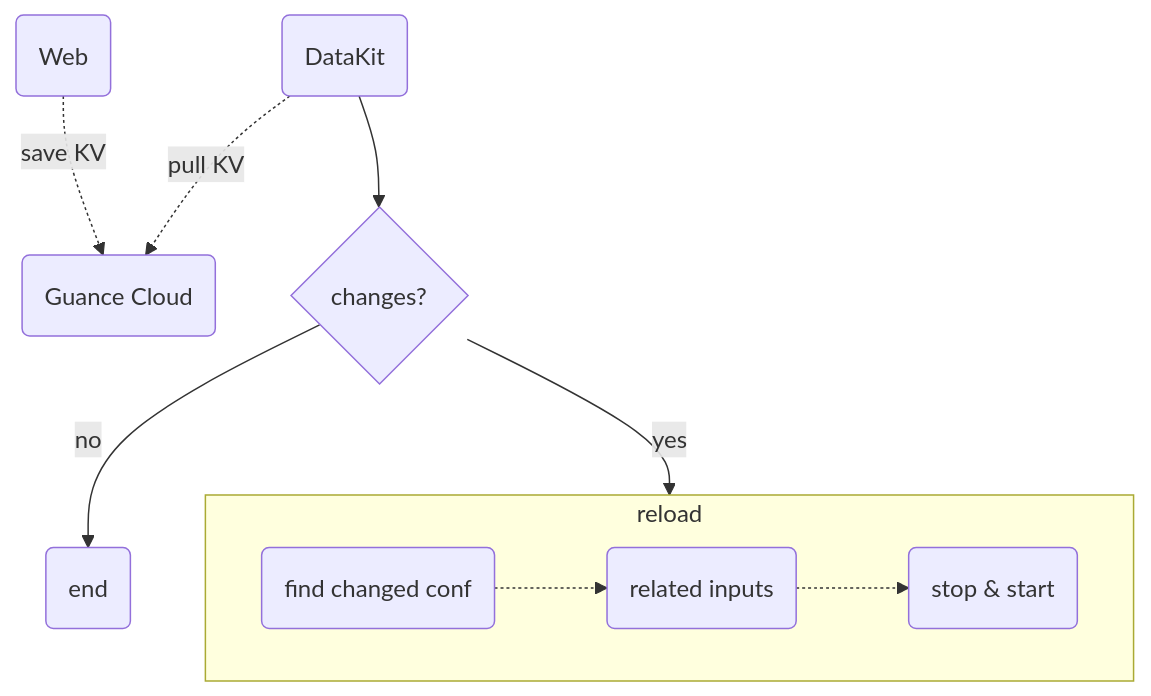
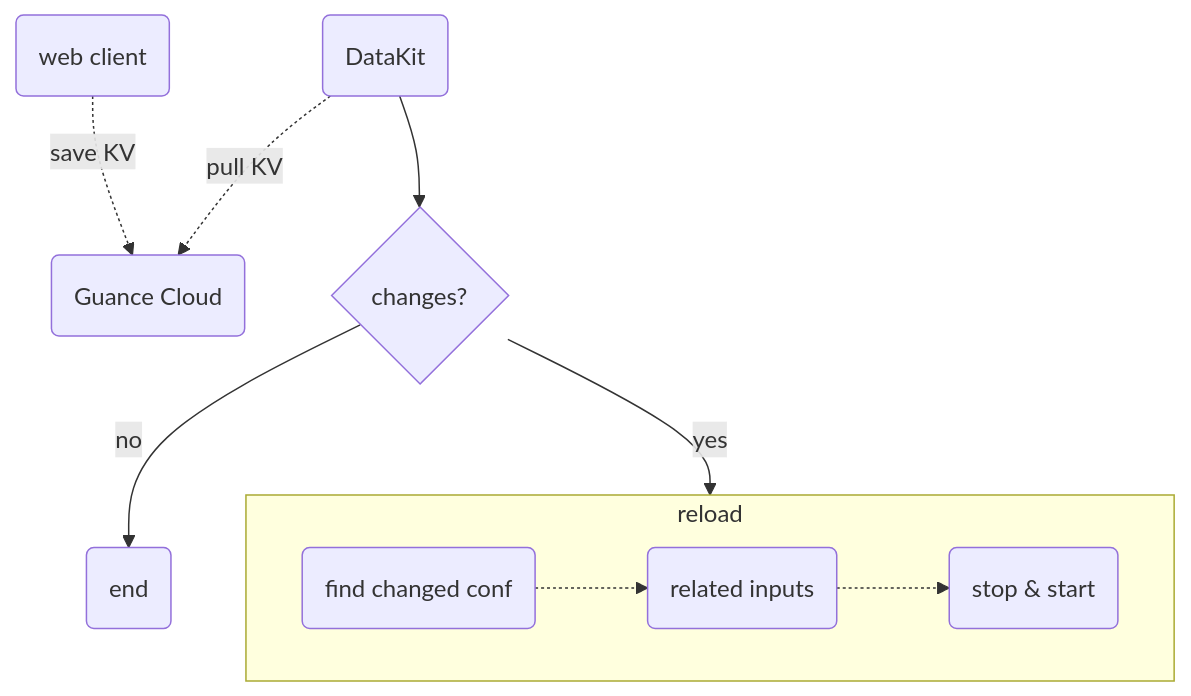
The diagram in docs/en/datakit/datakit-input-conf.md (GuanceCloud/guance-docs), drawn with Mermaid before and after one commit. The commit also changed other lines of this file and 11247 other files, not shown here.

````diff
--- a/docs/en/datakit/datakit-input-conf.md
+++ b/docs/en/datakit/datakit-input-conf.md
@@ -206,22 +263,20 @@
 ```mermaid
-
 flowchart TD
     guance(Guance Cloud);
-    web_client(Web);
+    web_client(web client);
     datakit(DataKit);
     changes{changes?};
     End(end);
 
    subgraph reload
    direction LR
    changed_conf(find changed conf) -.-> related_inputs(related inputs)
    related_inputs -.-> restart_input(stop & start)
    end
  
    datakit -.-> |pull KV| guance
    web_client -.-> |save KV| guance
    datakit -->  changes
    changes --> |yes| reload
    changes --> |no| End
-
 ```
````
